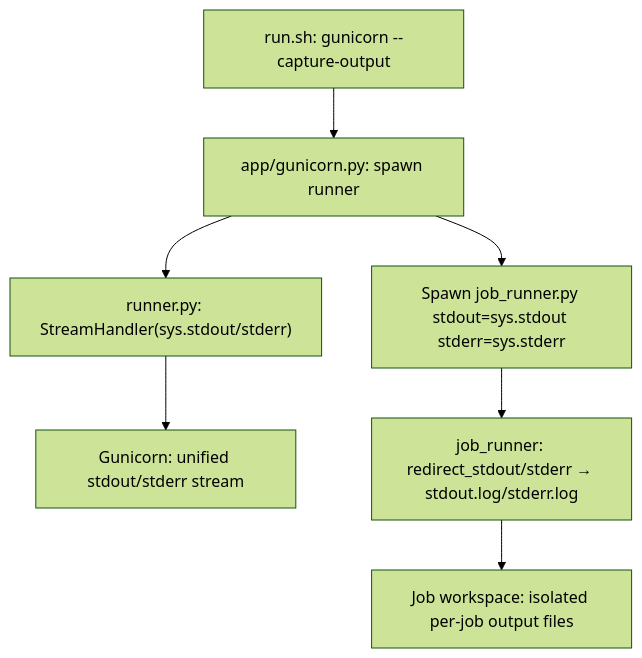
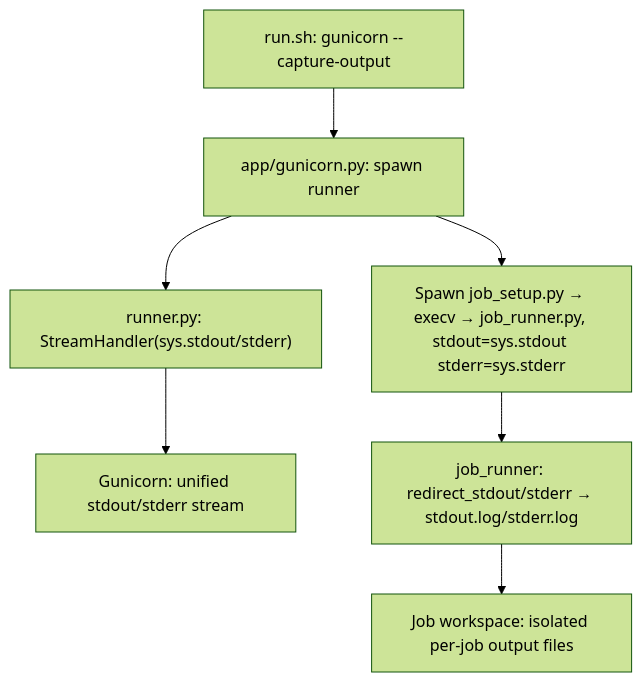
Before and after one commit to pyops-project/pyops: the tenth of 10 diagrams in doc/insights_app.md, drawn with Mermaid (forest theme). The commit also changed other lines of this file and 22 other files, not shown here.

````diff
--- a/doc/insights_app.md
+++ b/doc/insights_app.md
@@ -557,9 +600,9 @@
 ```mermaid
 flowchart TD
     A["run.sh: gunicorn --capture-output"] --> B["app/gunicorn.py: spawn runner"]
     B --> C["runner.py: StreamHandler(sys.stdout/stderr)"]
     C --> D["Gunicorn: unified stdout/stderr stream"]
-    B --> E["Spawn job_runner.py stdout=sys.stdout stderr=sys.stderr"]
+    B --> E["Spawn job_setup.py → execv → job_runner.py, stdout=sys.stdout stderr=sys.stderr"]
     E --> F["job_runner: redirect_stdout/stderr → stdout.log/stderr.log"]
     F --> G["Job workspace: isolated per-job output files"]
 ```
````
